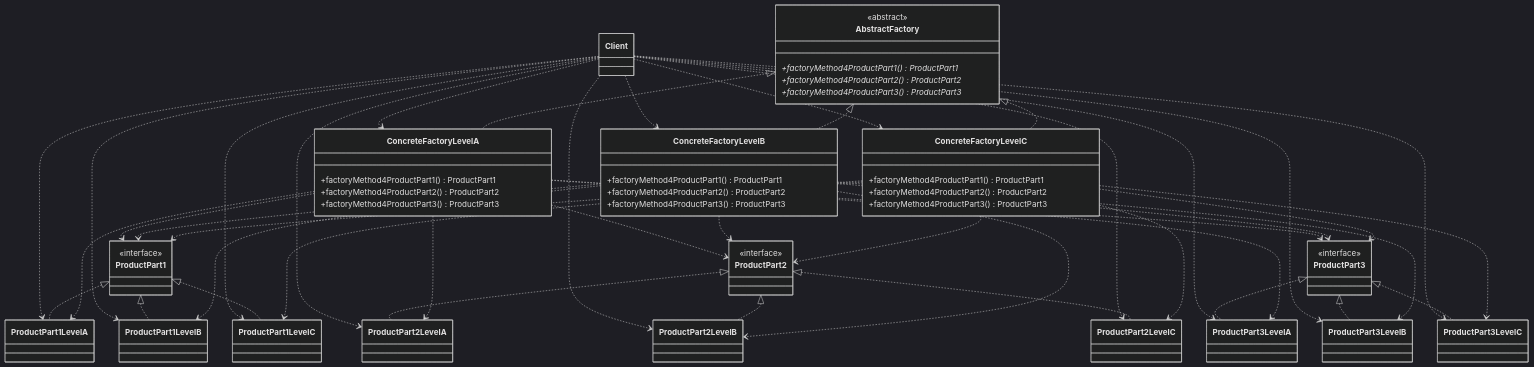
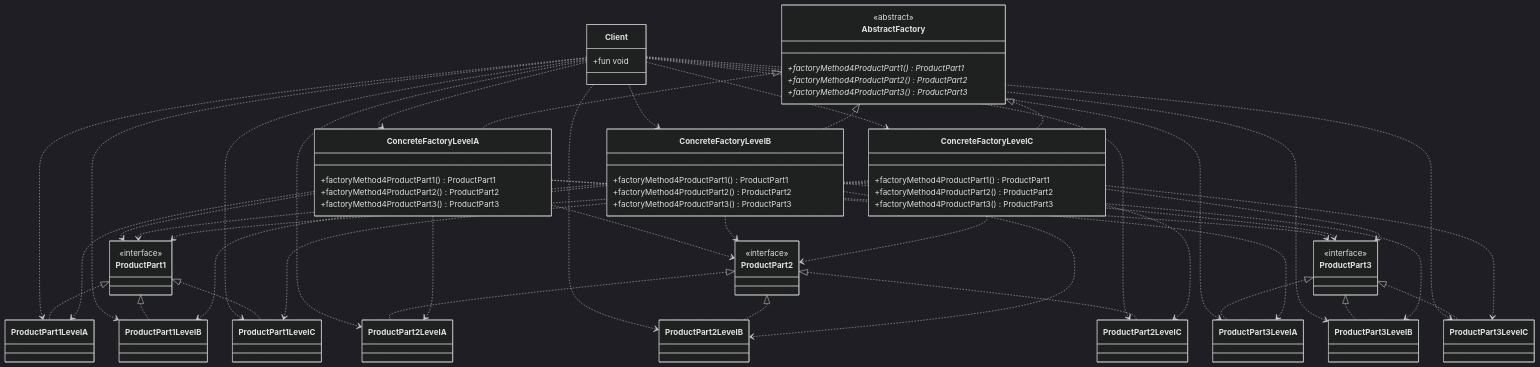
One commit to lingwh1995/books changed diagram 36 of 39 in general/designpattern/designpattern-java/designpattern-java.md. Above: the diagram before and after it, drawn with Mermaid (dark theme). The commit also changed other lines of this file, not shown here.

```diff
--- a/general/designpattern/designpattern-java/designpattern-java.md
+++ b/general/designpattern/designpattern-java/designpattern-java.md
@@ -1923,6 +1923,7 @@
         +factoryMethod4ProductPart3() ProductPart3
     }
     class Client {
+        +fun void
     }
     <<interface>> ProductPart1
     <<interface>> ProductPart2
```
